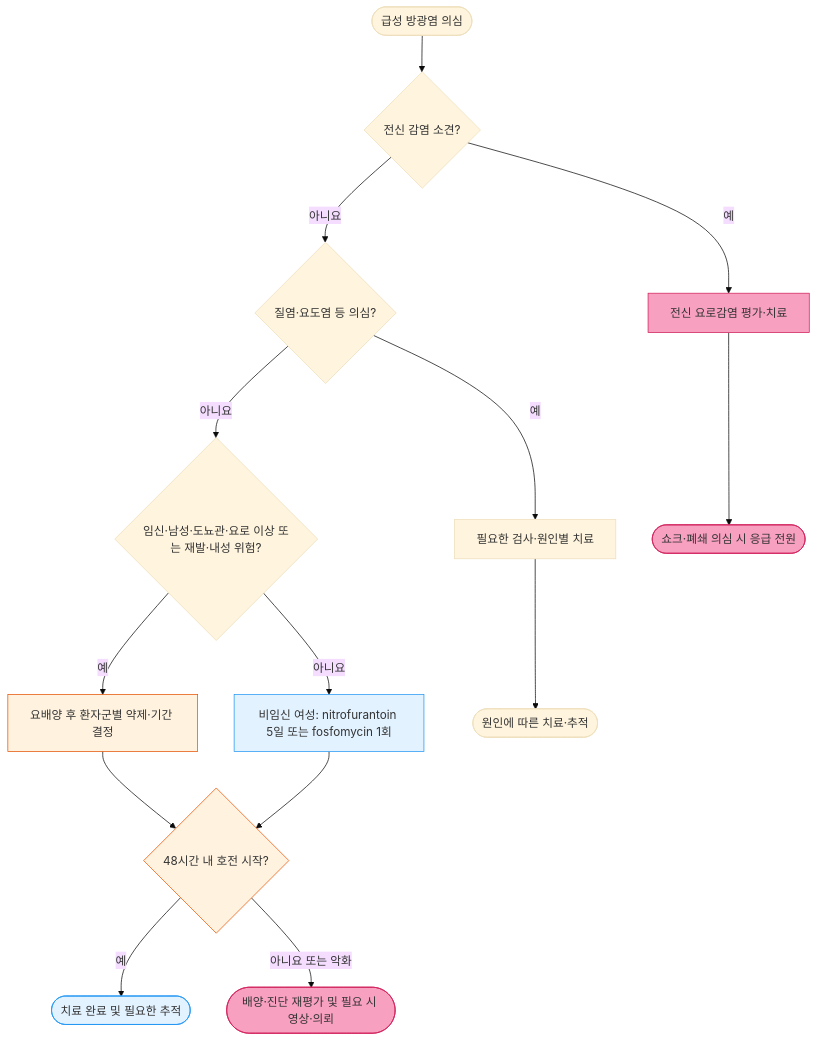
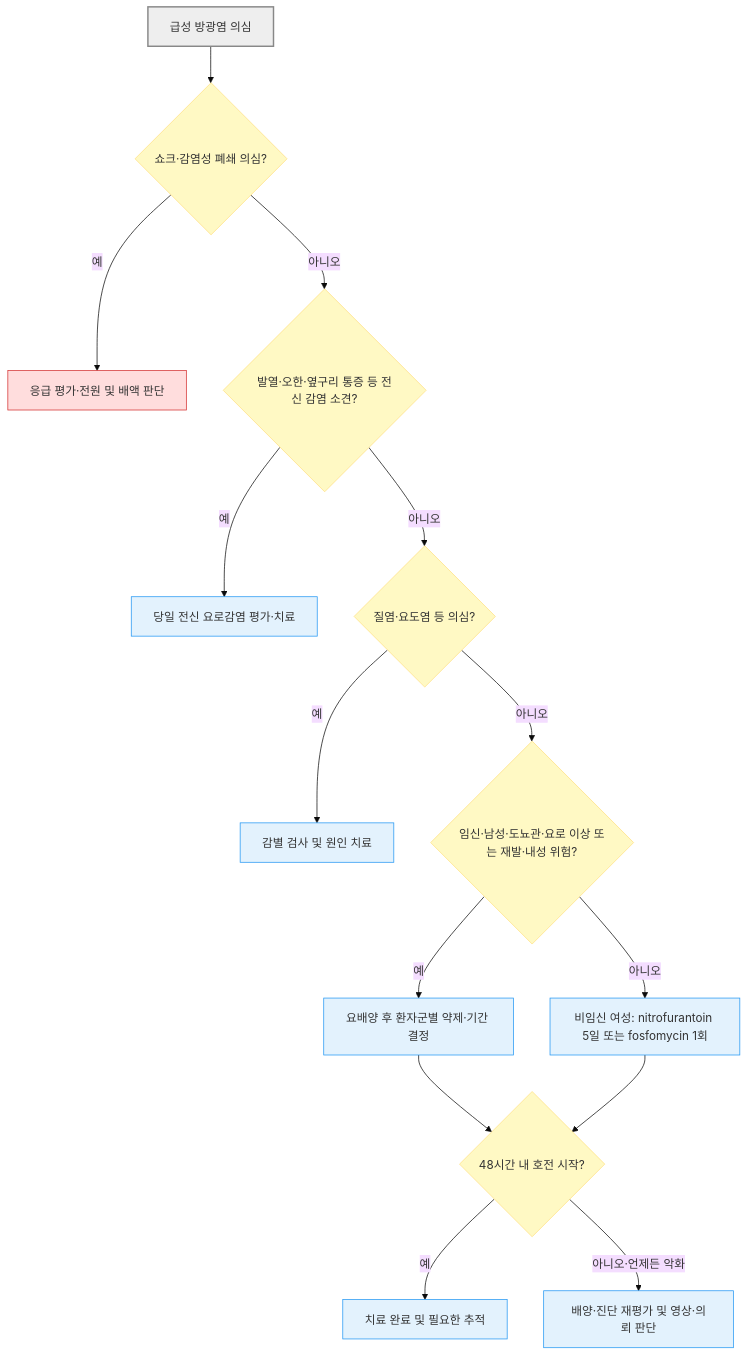
The diagram in 227_/118_-acute-cystitis.md (familyoh77/familyoh77), drawn with Mermaid (base theme) before and after one commit. The commit also changed other lines of this file and 5 other files, not shown here.

````diff
--- a/227_/118_-acute-cystitis.md
+++ b/227_/118_-acute-cystitis.md
@@ -103,22 +103,23 @@
 ```mermaid
 flowchart TD
-    A(["급성 방광염 의심"]) --> B{"전신 감염 소견?"}
-    B -->|예| C["전신 요로감염 평가·치료"]
-    B -->|아니요| D{"질염·요도염 등 의심?"}
-    D -->|예| E["필요한 검사·원인별 치료"]
-    D -->|아니요| F{"임신·남성·도뇨관·요로 이상 또는 재발·내성 위험?"}
-    F -->|예| G["요배양 후 환자군별 약제·기간 결정"]
-    F -->|아니요| H["비임신 여성: nitrofurantoin 5일 또는 fosfomycin 1회"]
-    G --> I{"48시간 내 호전 시작?"}
-    H --> I
-    I -->|예| J(["치료 완료 및 필요한 추적"])
-    I -->|아니요 또는 악화| K(["배양·진단 재평가 및 필요 시 영상·의뢰"])
-    C --> L(["쇼크·폐쇄 의심 시 응급 전원"])
-    E --> M(["원인에 따른 치료·추적"])
-    classDef danger fill:#f8a0c0,stroke:#d01f5a
-    classDef caution fill:#fff3e0,stroke:#e65100
-    classDef treatment fill:#e3f2ff,stroke:#2196f3
-    class C,K,L danger
-    class G,I caution
-    class H,J treatment
+    A["급성 방광염 의심"] --> B{"쇼크·감염성 폐쇄 의심?"}
+    B -- "예" --> C["응급 평가·전원 및 배액 판단"]
+    B -- "아니오" --> D{"발열·오한·옆구리 통증 등 전신 감염 소견?"}
+    D -- "예" --> E["당일 전신 요로감염 평가·치료"]
+    D -- "아니오" --> F{"질염·요도염 등 의심?"}
+    F -- "예" --> G["감별 검사 및 원인 치료"]
+    F -- "아니오" --> H{"임신·남성·도뇨관·요로 이상 또는 재발·내성 위험?"}
+    H -- "예" --> I["요배양 후 환자군별 약제·기간 결정"]
+    H -- "아니오" --> J["비임신 여성: nitrofurantoin 5일 또는 fosfomycin 1회"]
+    I --> K{"48시간 내 호전 시작?"}
+    J --> K
+    K -- "예" --> L["치료 완료 및 필요한 추적"]
+    K -- "아니오·언제든 악화" --> M["배양·진단 재평가 및 영상·의뢰 판단"]
+    classDef question fill:#fff9c4,stroke:#ffe082
+    classDef emergency fill:#ffdddd,stroke:#d32f2f
+    classDef treatment fill:#e3f2fd,stroke:#2196f3
+    class B,D,F,H,K question
+    class C emergency
+    class E,G,I,J,L,M treatment
+    style A fill:#eeeeee,stroke:#888888,stroke-width:2px
 ```
````
